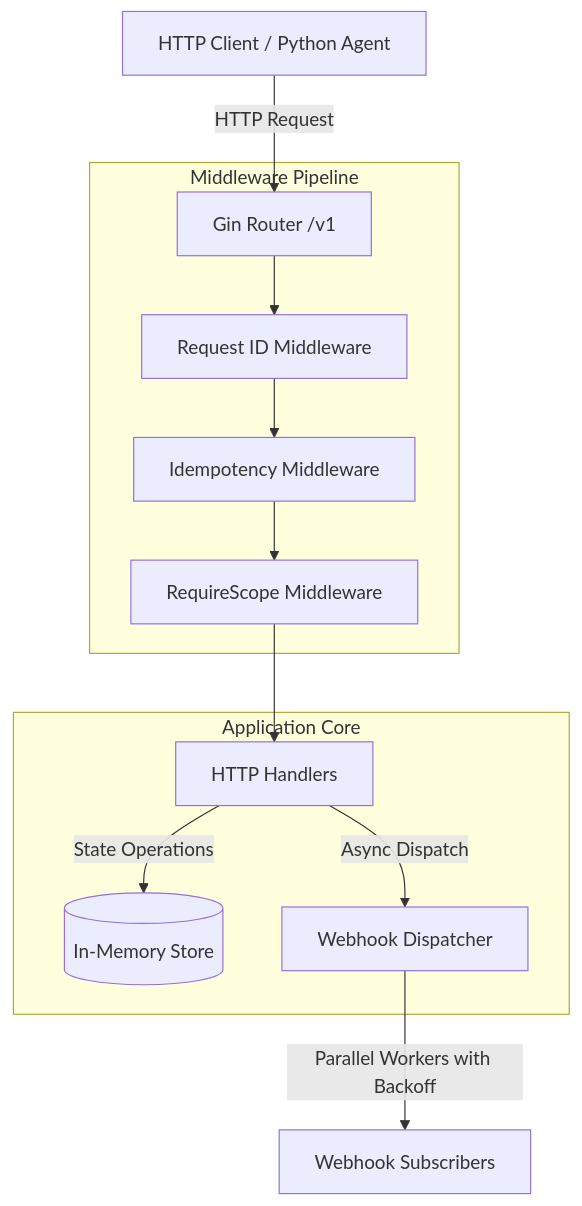
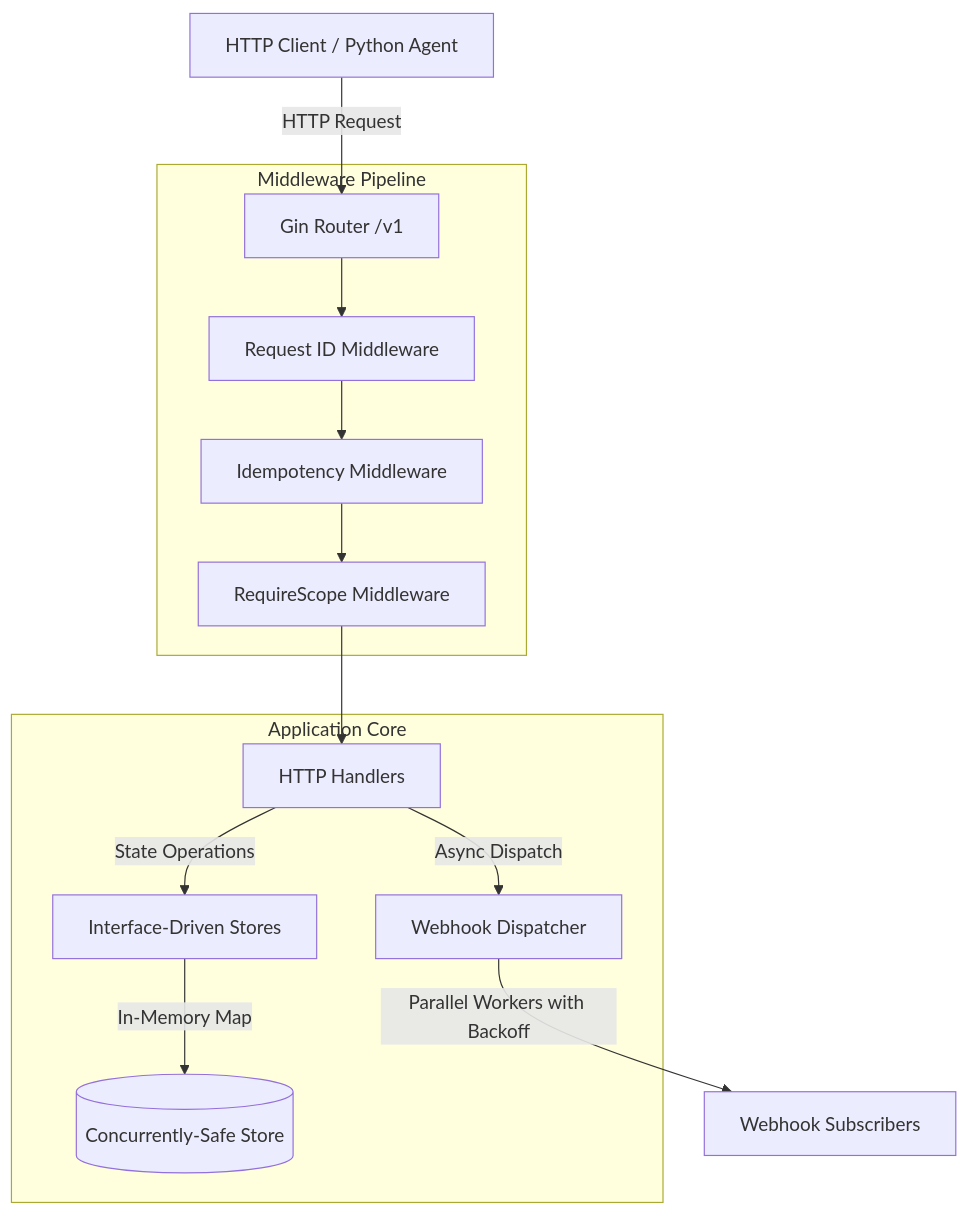
Before and after one commit to sharmahimalaya/agentic-commerce-api: the first of 2 diagrams in README.md, drawn with Mermaid. The commit also changed other lines of this file and 21 other files, not shown here.

````diff
--- a/README.md
+++ b/README.md
@@ -11,19 +11,20 @@
 ```mermaid
 graph TD
     Client[HTTP Client / Python Agent] -->|HTTP Request| Router[Gin Router /v1]
     
     subgraph Middleware Pipeline
         Router --> ReqID[Request ID Middleware]
         ReqID --> Idem[Idempotency Middleware]
         Idem --> Auth[RequireScope Middleware]
     end
     
     Auth --> Handlers[HTTP Handlers]
     
     subgraph Application Core
-        Handlers -->|State Operations| Store[(In-Memory Store)]
+        Handlers -->|State Operations| Store[Interface-Driven Stores]
+        Store -->|In-Memory Map| MemoryMap[(Concurrently-Safe Store)]
         Handlers -->|Async Dispatch| Dispatcher[Webhook Dispatcher]
     end
     
     Dispatcher -->|Parallel Workers with Backoff| Subscribers[Webhook Subscribers]
 ```
````
